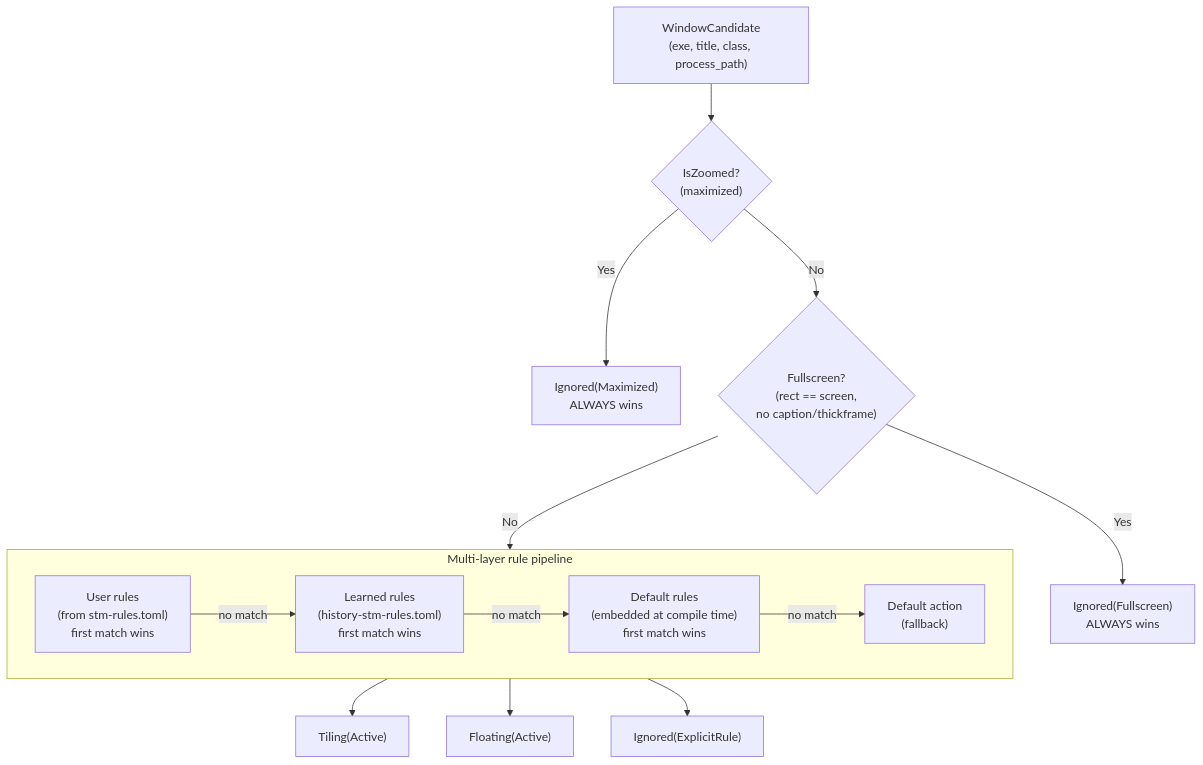
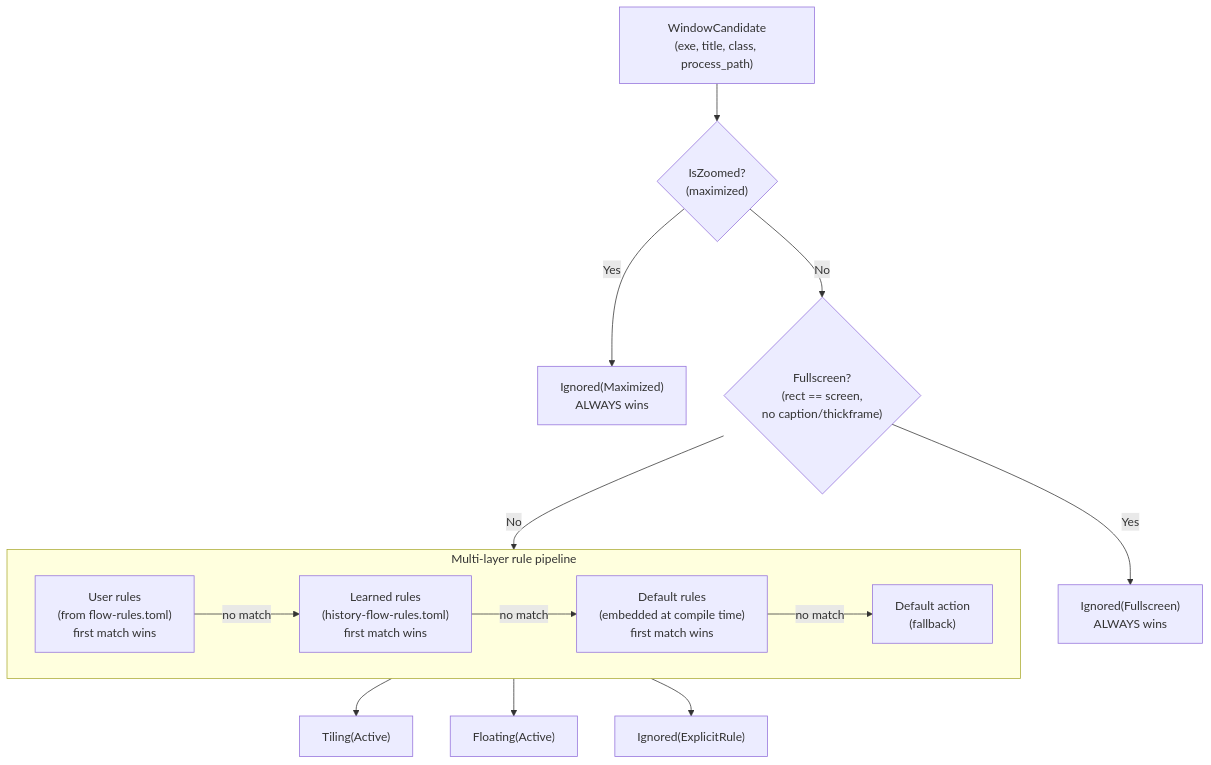
One commit to CCpcalvin/flow-wm changed the fourth of 4 diagrams in docs/src/dev-guide/window-registry.md. Above: the diagram before and after it, drawn with Mermaid. The commit also changed other lines of this file and 108 other files, not shown here.

Commit message:
refactor: rename project from scrolling-tiling-manager to flow-wm

````diff
--- a/docs/src/dev-guide/window-registry.md
+++ b/docs/src/dev-guide/window-registry.md
@@ -194,22 +194,22 @@
 ```mermaid
 flowchart TB
     C["WindowCandidate<br/>(exe, title, class, process_path)"] --> MAX{"IsZoomed?<br/>(maximized)"}
     MAX -- Yes --> IGMAX["Ignored(Maximized)<br/>ALWAYS wins"]
     MAX -- No --> FS{"Fullscreen?<br/>(rect == screen,<br/>no caption/thickframe)"}
     FS -- Yes --> IGFS["Ignored(Fullscreen)<br/>ALWAYS wins"]
     FS -- No --> PIPE["ClassificationPipeline"]
 
     subgraph PIPE["Multi-layer rule pipeline"]
-        UR["User rules<br/>(from stm-rules.toml)<br/>first match wins"]
-        LR["Learned rules<br/>(history-stm-rules.toml)<br/>first match wins"]
+        UR["User rules<br/>(from flow-rules.toml)<br/>first match wins"]
+        LR["Learned rules<br/>(history-flow-rules.toml)<br/>first match wins"]
         DR["Default rules<br/>(embedded at compile time)<br/>first match wins"]
         FALL["Default action<br/>(fallback)"]
         UR -- no match --> LR
         LR -- no match --> DR
         DR -- no match --> FALL
     end
 
     PIPE --> T["Tiling(Active)"]
     PIPE --> FL["Floating(Active)"]
     PIPE --> IGX["Ignored(ExplicitRule)"]
 ```
````
